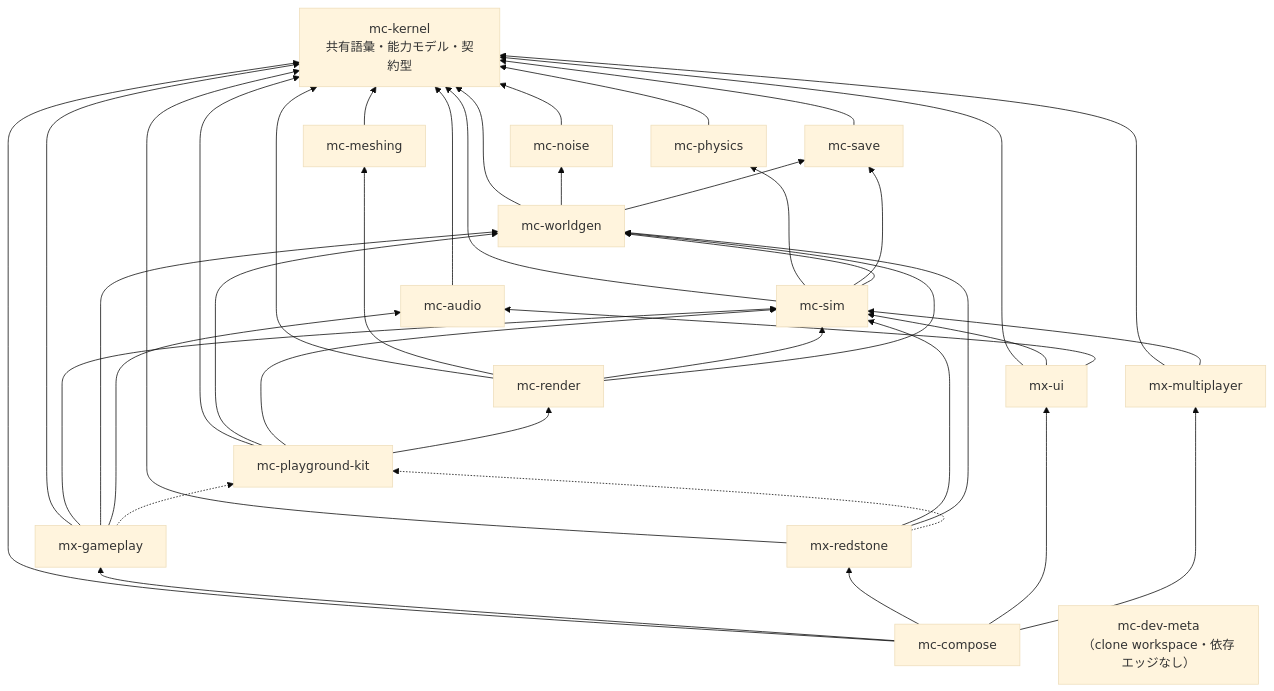
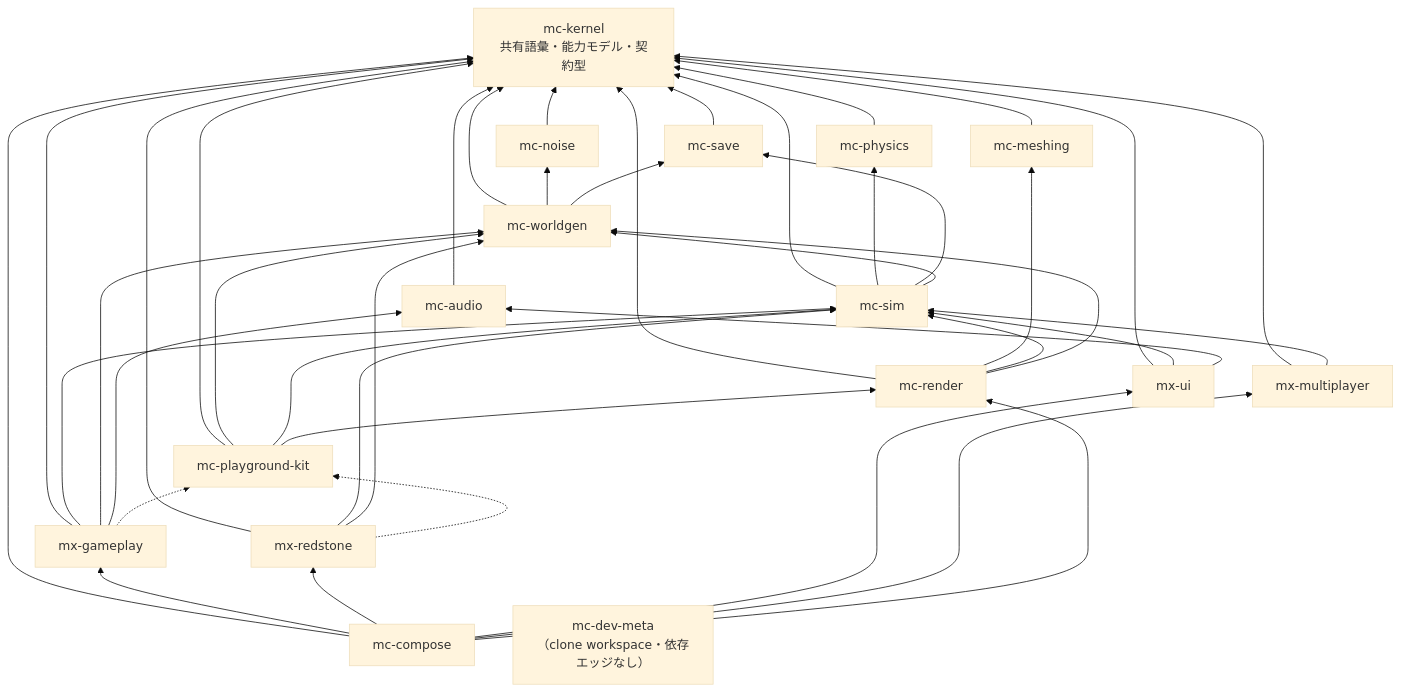
The diagram in docs/architecture.md (nerima-games/mx-redstone), drawn with Mermaid (base theme) before and after one commit. The commit also changed 6 other files, not shown here.

````diff
--- a/docs/architecture.md
+++ b/docs/architecture.md
@@ -26,68 +26,69 @@
 ```mermaid
 graph BT
   kernel["mc-kernel<br/>共有語彙・能力モデル・契約型"]
   noise["mc-noise"]
   meshing["mc-meshing"]
   physics["mc-physics"]
   save["mc-save"]
   audio["mc-audio"]
   worldgen["mc-worldgen"]
   sim["mc-sim"]
   render["mc-render"]
   kit["mc-playground-kit"]
   gameplay["mx-gameplay"]
   redstone["mx-redstone"]
   ui["mx-ui"]
   multiplayer["mx-multiplayer"]
   compose["mc-compose"]
   meta["mc-dev-meta<br/>（clone workspace・依存エッジなし）"]
 
   noise --> kernel
   meshing --> kernel
   physics --> kernel
   save --> kernel
   audio --> kernel
 
   worldgen --> kernel
   worldgen --> noise
   worldgen --> save
 
   sim --> kernel
   sim --> physics
   sim --> save
   sim --> worldgen
 
   render --> kernel
   render --> meshing
   render --> sim
   render --> worldgen
 
   kit --> kernel
   kit --> worldgen
   kit --> sim
   kit --> render
 
   gameplay --> kernel
   gameplay --> sim
   gameplay --> worldgen
   gameplay --> audio
   gameplay -.-> kit
 
   redstone --> kernel
   redstone --> sim
   redstone --> worldgen
   redstone -.-> kit
 
   ui --> kernel
   ui --> sim
   ui --> audio
 
   multiplayer --> kernel
   multiplayer --> sim
 
   compose --> kernel
   compose --> gameplay
   compose --> redstone
   compose --> ui
   compose --> multiplayer
+  compose --> render
 ```
````
